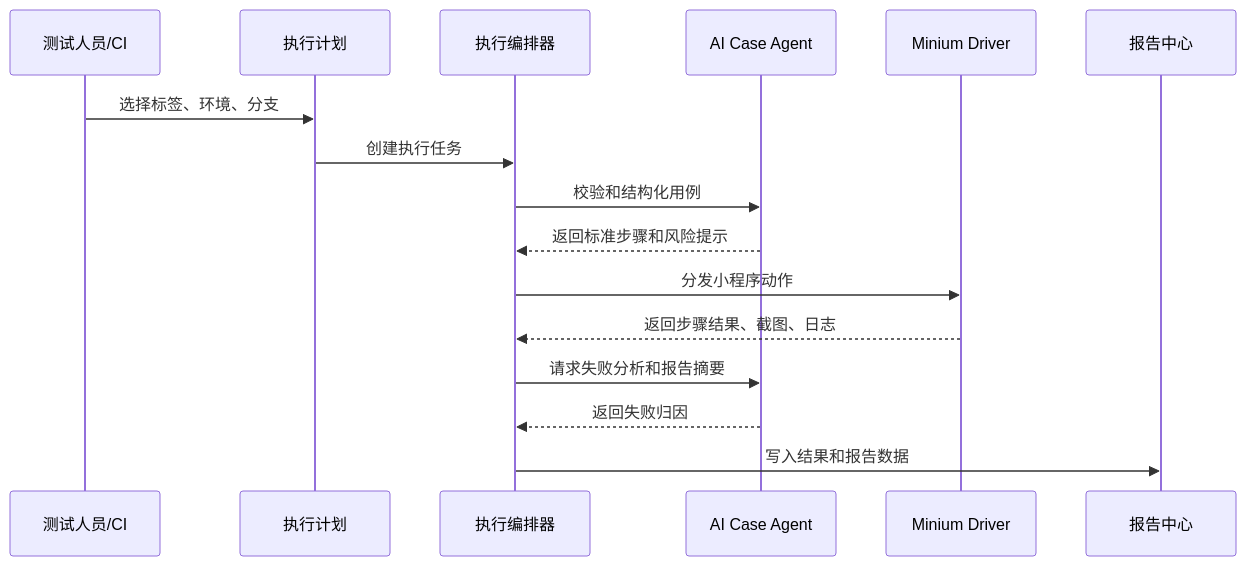
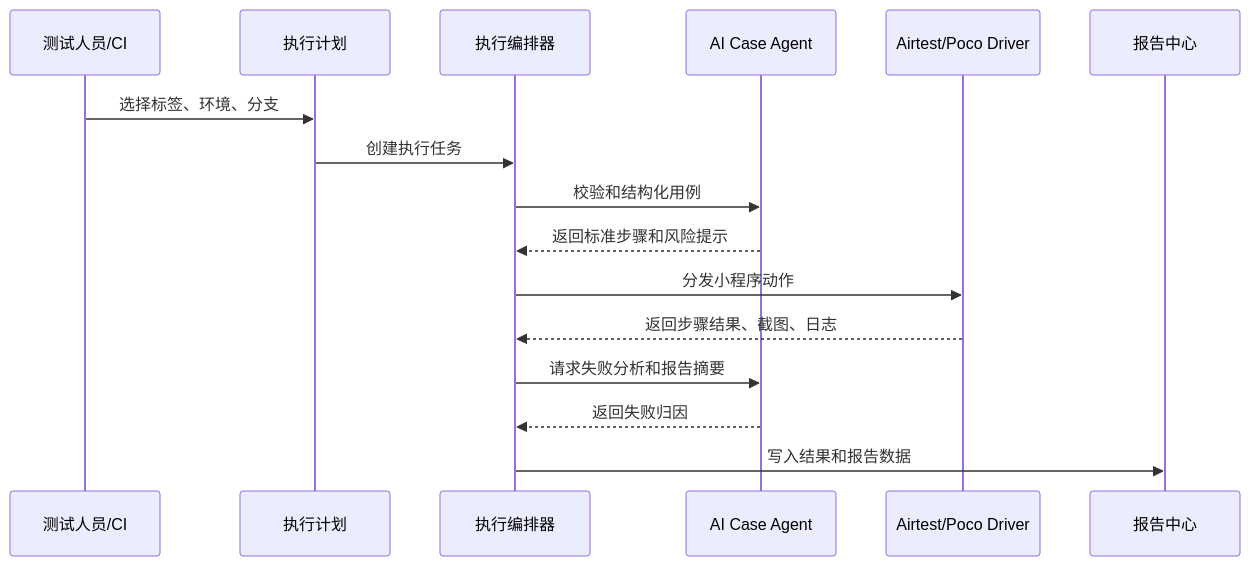
One commit to wangdi1210/wukong_codex changed the second of 2 diagrams in docs/superpowers/specs/2026-06-09-miniapp-ui-automation-platform-design.md. Above: the diagram before and after it, drawn with Mermaid. The commit also changed other lines of this file and 13 other files, not shown here.

````diff
--- a/docs/superpowers/specs/2026-06-09-miniapp-ui-automation-platform-design.md
+++ b/docs/superpowers/specs/2026-06-09-miniapp-ui-automation-platform-design.md
@@ -199,19 +203,19 @@
 ```mermaid
 sequenceDiagram
     participant User as 测试人员/CI
     participant Plan as 执行计划
     participant Runner as 执行编排器
     participant AI as AI Case Agent
-    participant Driver as Minium Driver
+    participant Driver as Airtest/Poco Driver
     participant Report as 报告中心
 
     User->>Plan: 选择标签、环境、分支
     Plan->>Runner: 创建执行任务
     Runner->>AI: 校验和结构化用例
     AI-->>Runner: 返回标准步骤和风险提示
     Runner->>Driver: 分发小程序动作
     Driver-->>Runner: 返回步骤结果、截图、日志
     Runner->>AI: 请求失败分析和报告摘要
     AI-->>Runner: 返回失败归因
     Runner->>Report: 写入结果和报告数据
 ```
````
